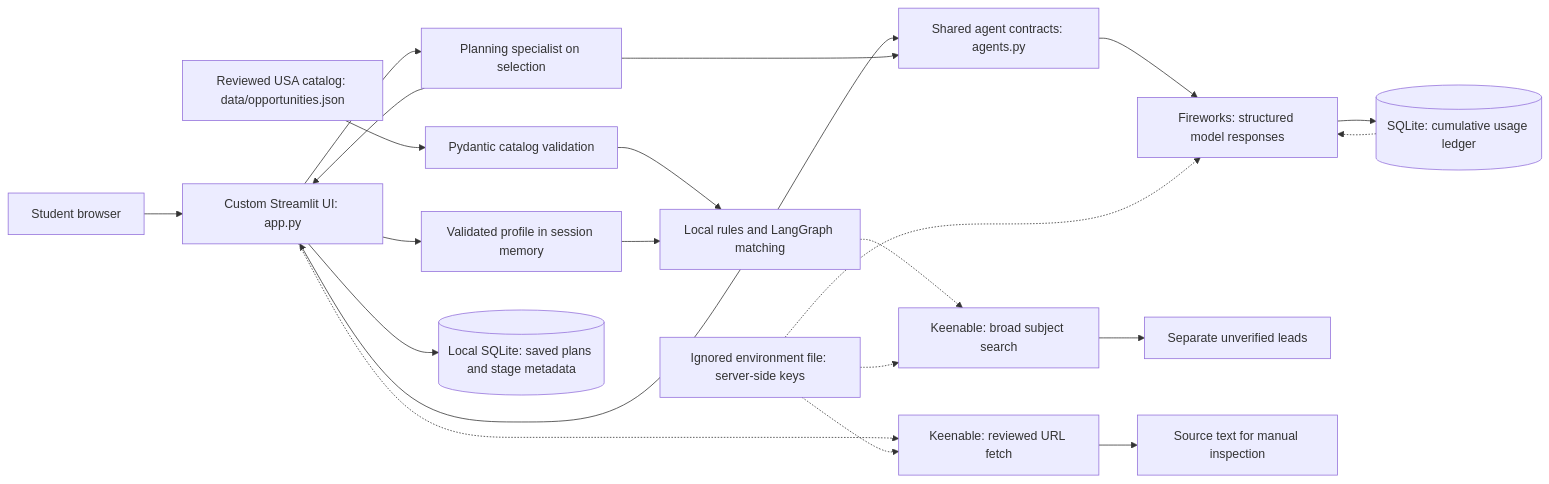
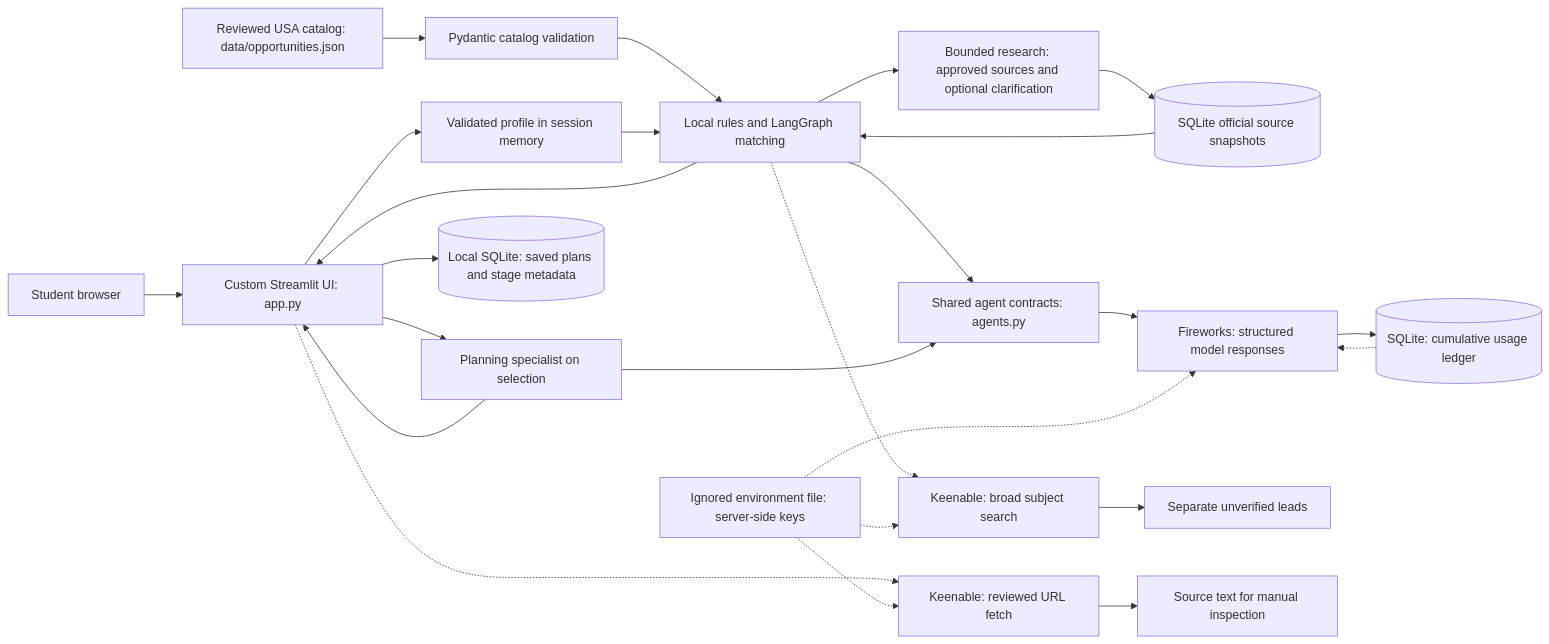
The diagram in docs/diagrams/02-system-and-data-boundaries.mmd (vineelad/equalstart), drawn with Mermaid before and after one commit. The commit also changed 107 other files, not shown here.

Commit message:
Ground opportunity recommendations in bounded research and cited evidence

```diff
--- a/docs/diagrams/02-system-and-data-boundaries.mmd
+++ b/docs/diagrams/02-system-and-data-boundaries.mmd
@@ -1,22 +1,25 @@
 flowchart LR
     U[Student browser] --> UI[Custom Streamlit UI: app.py]
     UI --> P[Validated profile in session memory]
     C[Reviewed USA catalog: data/opportunities.json] --> V[Pydantic catalog validation]
     V --> W[Local rules and LangGraph matching]
     P --> W
     W --> AC[Shared agent contracts: agents.py]
+    W --> RG[Bounded research: approved sources and optional clarification]
+    RG --> SN[(SQLite official source snapshots)]
+    SN --> W
     UI --> PL[Planning specialist on selection]
     PL --> AC
     AC --> FW[Fireworks: structured model responses]
     W -.-> KE[Keenable: broad subject search]
     UI -.-> KEF[Keenable: reviewed URL fetch]
     KE --> LE[Separate unverified leads]
     KEF --> ST[Source text for manual inspection]
     W --> UI
     PL --> UI
     UI --> DB[(Local SQLite: saved plans and stage metadata)]
     FW --> BL[(SQLite: cumulative usage ledger)]
     BL -.-> FW
     ENV[Ignored environment file: server-side keys] -.-> FW
     ENV -.-> KE
     ENV -.-> KEF
```
